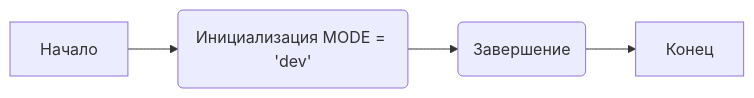
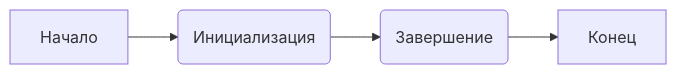
Before and after one commit to hypo69/hypo: the diagram in docs/gemini/ru/explainer/src/suppliers/ebay/login.py.md, drawn with Mermaid. The commit also changed other lines of this file and 6031 other files, not shown here.

````diff
--- a/docs/gemini/ru/explainer/src/suppliers/ebay/login.py.md
+++ b/docs/gemini/ru/explainer/src/suppliers/ebay/login.py.md
@@ -21,6 +21,6 @@
 ```mermaid
 graph LR
-    A[Начало] --> B(Инициализация MODE = 'dev');
+    A[Начало] --> B(Инициализация );
     B --> C(Завершение);
     C --> D[Конец]
 ```
````
